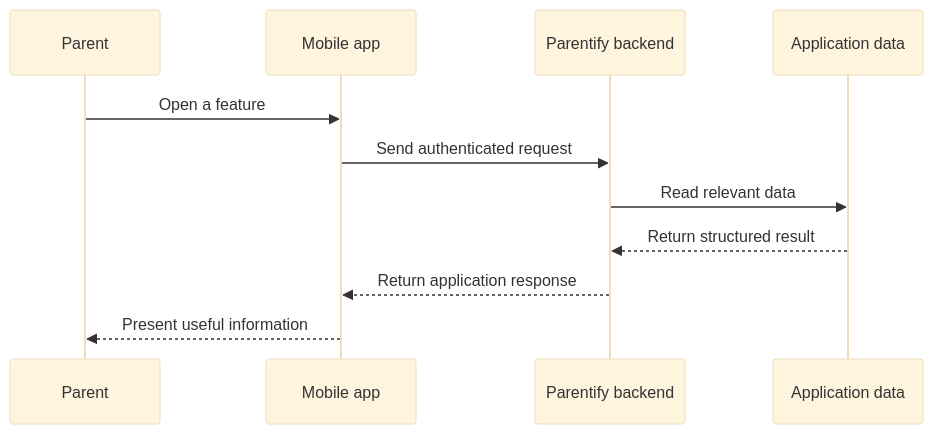
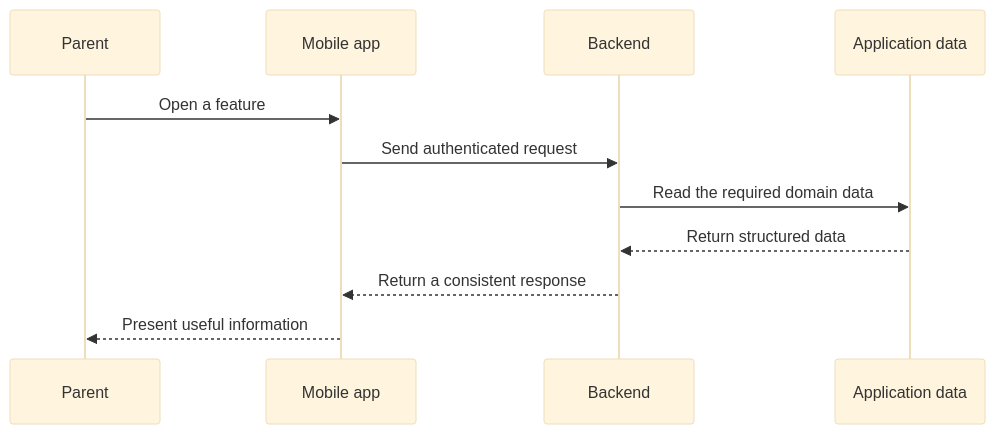
The second of 2 diagrams in frontend/content/projects/parentify.md (farismnrr/portofolio), drawn with Mermaid (base theme) before and after one commit. The commit also changed other lines of this file, not shown here.

Commit message:
content: make Parentify the Bangkit project source of truth

````diff
--- a/frontend/content/projects/parentify.md
+++ b/frontend/content/projects/parentify.md
@@ -68,14 +71,14 @@
 ```mermaid
 sequenceDiagram
     participant U as Parent
     participant M as Mobile app
-    participant API as Parentify backend
+    participant API as Backend
     participant DB as Application data
 
     U->>M: Open a feature
     M->>API: Send authenticated request
-    API->>DB: Read relevant data
-    DB-->>API: Return structured result
-    API-->>M: Return application response
+    API->>DB: Read the required domain data
+    DB-->>API: Return structured data
+    API-->>M: Return a consistent response
     M-->>U: Present useful information
 ```
````
